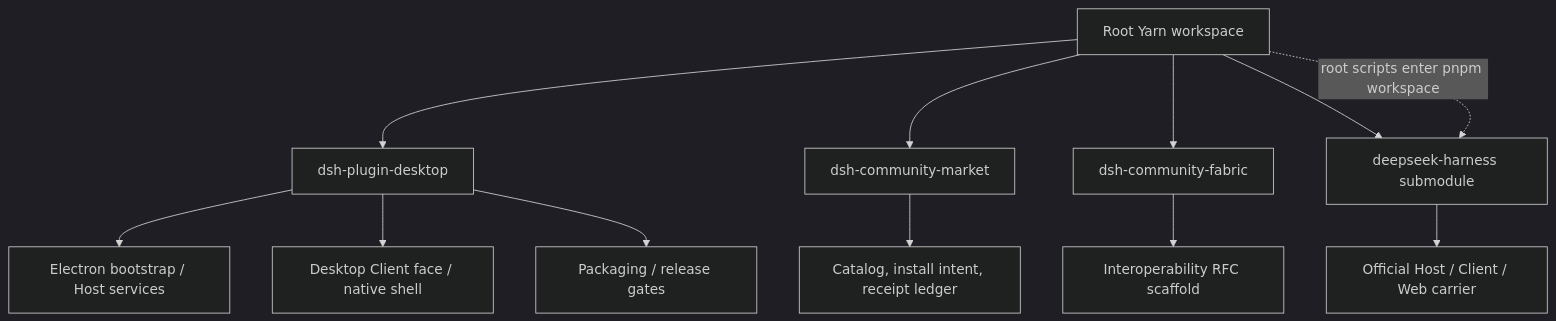
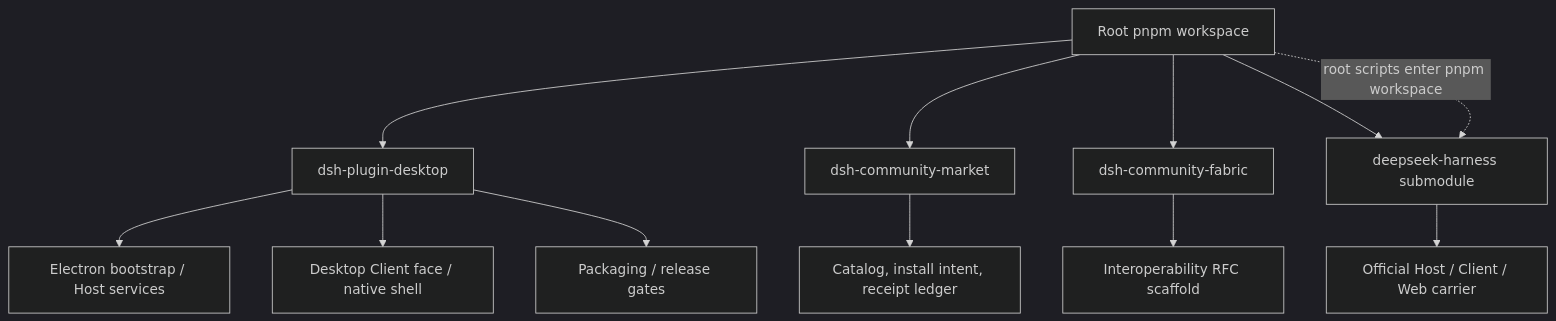
The second of 11 diagrams in .agents/notes/proposed/architecture/2026-08-19-desktop-system-architecture-atlas.md (AngusFan-GH/ClawClaw), drawn with Mermaid (dark theme) before and after one commit. The commit also changed other lines of this file and 82 other files, not shown here.

Commit message:
chore: migrate workspace to pnpm

````diff
--- a/.agents/notes/proposed/architecture/2026-08-19-desktop-system-architecture-atlas.md
+++ b/.agents/notes/proposed/architecture/2026-08-19-desktop-system-architecture-atlas.md
@@ -40,14 +40,14 @@
 ```mermaid
 flowchart TB
-  Root[Root Yarn workspace] --> DesktopPkg[dsh-plugin-desktop]
+  Root[Root pnpm workspace] --> DesktopPkg[dsh-plugin-desktop]
   Root --> Market[dsh-community-market]
   Root --> Fabric[dsh-community-fabric]
   Root --> Upstream[deepseek-harness submodule]
   DesktopPkg --> Main[Electron bootstrap / Host services]
   DesktopPkg --> Client[Desktop Client face / native shell]
   DesktopPkg --> Packaging[Packaging / release gates]
   Market --> Catalog[Catalog, install intent, receipt ledger]
   Fabric --> RFC[Interoperability RFC scaffold]
   Upstream --> Official[Official Host / Client / Web carrier]
   Root -. root scripts enter pnpm workspace .-> Upstream
 ```
````
